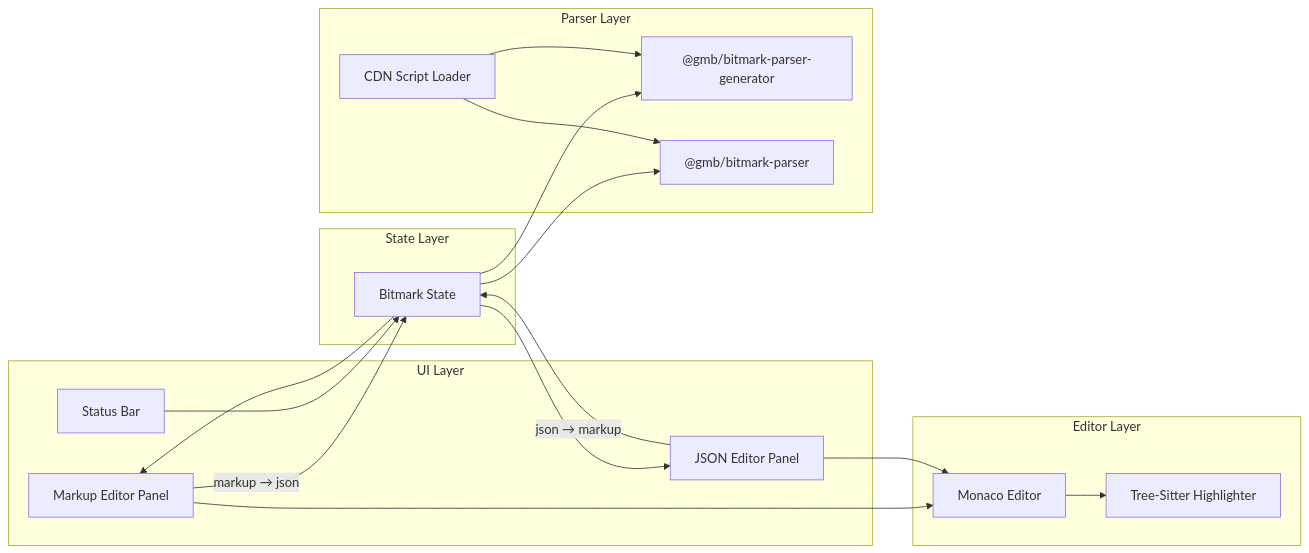
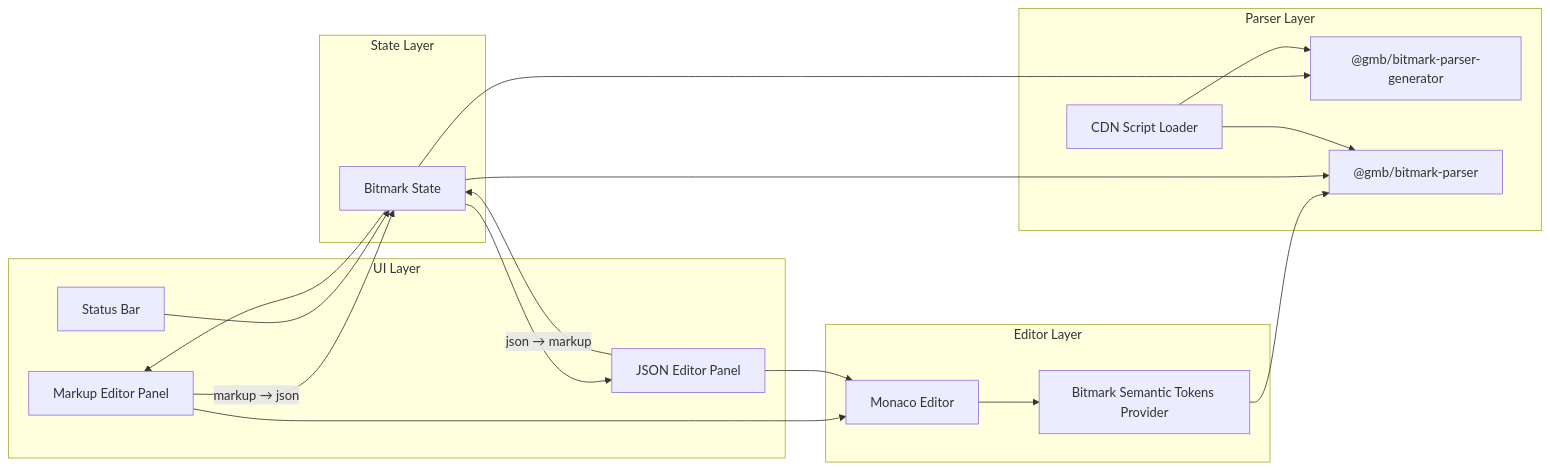
The first of 3 diagrams in .awa/specs/ARCHITECTURE.md (getMoreBrain/bitmark-playground), drawn with Mermaid before and after one commit. The commit also changed other lines of this file and 46 other files, not shown here.

First line of the commit message:
feat: bitmark highlighting from the WASM parser's semantic tokens; parser 7.0.0

````diff
--- a/.awa/specs/ARCHITECTURE.md
+++ b/.awa/specs/ARCHITECTURE.md
@@ -30,36 +29,37 @@
 ```mermaid
 flowchart LR
     subgraph UI["UI Layer"]
         MarkupEditor[Markup Editor Panel]
         JsonEditor[JSON Editor Panel]
         StatusBar[Status Bar]
     end
 
     subgraph Editor["Editor Layer"]
         Monaco[Monaco Editor]
-        TreeSitter[Tree-Sitter Highlighter]
+        SemTokens[Bitmark Semantic Tokens Provider]
     end
 
     subgraph Parser["Parser Layer"]
         BPG["@gmb/bitmark-parser-generator"]
         BP["@gmb/bitmark-parser"]
         CDN[CDN Script Loader]
     end
 
     subgraph State["State Layer"]
         BitmarkState[Bitmark State]
     end
 
     MarkupEditor --> Monaco
     JsonEditor --> Monaco
-    Monaco --> TreeSitter
+    Monaco --> SemTokens
+    SemTokens --> BP
     MarkupEditor -- "markup → json" --> BitmarkState
     JsonEditor -- "json → markup" --> BitmarkState
     BitmarkState --> BPG
     BitmarkState --> BP
     CDN --> BPG
     CDN --> BP
     BitmarkState --> MarkupEditor
     BitmarkState --> JsonEditor
     StatusBar --> BitmarkState
 ```
````
